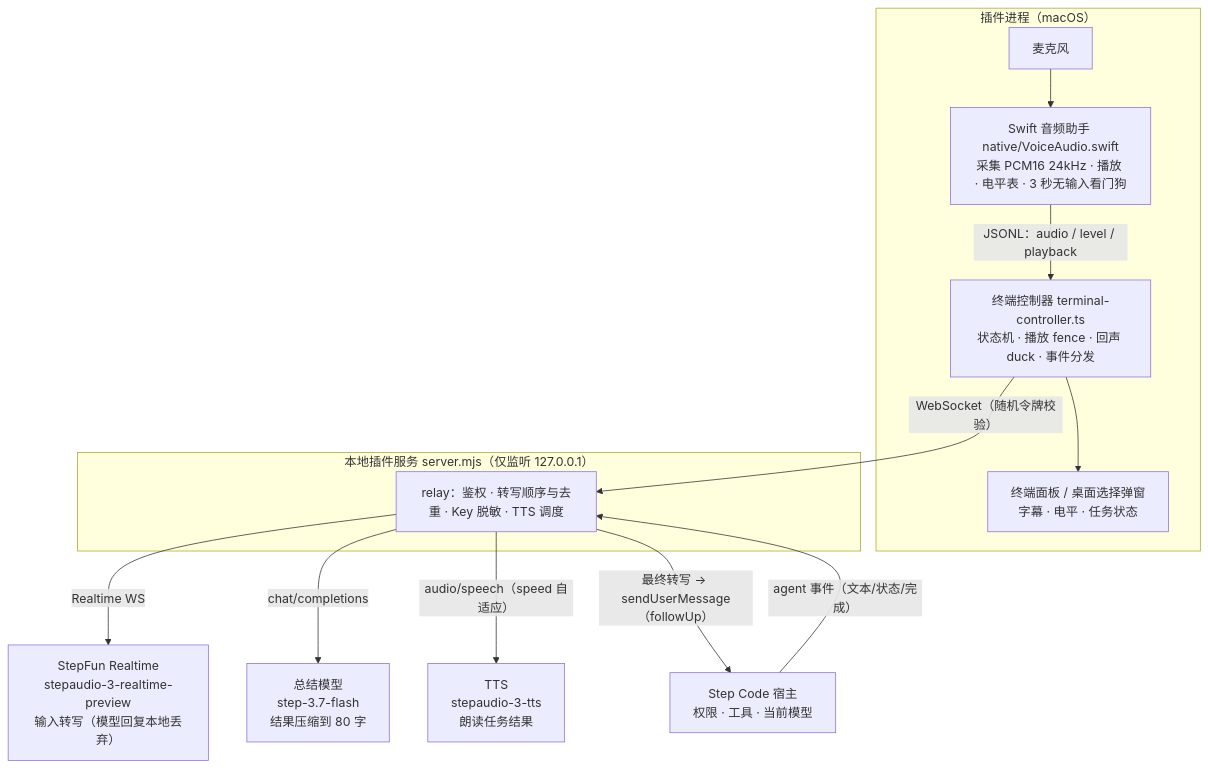
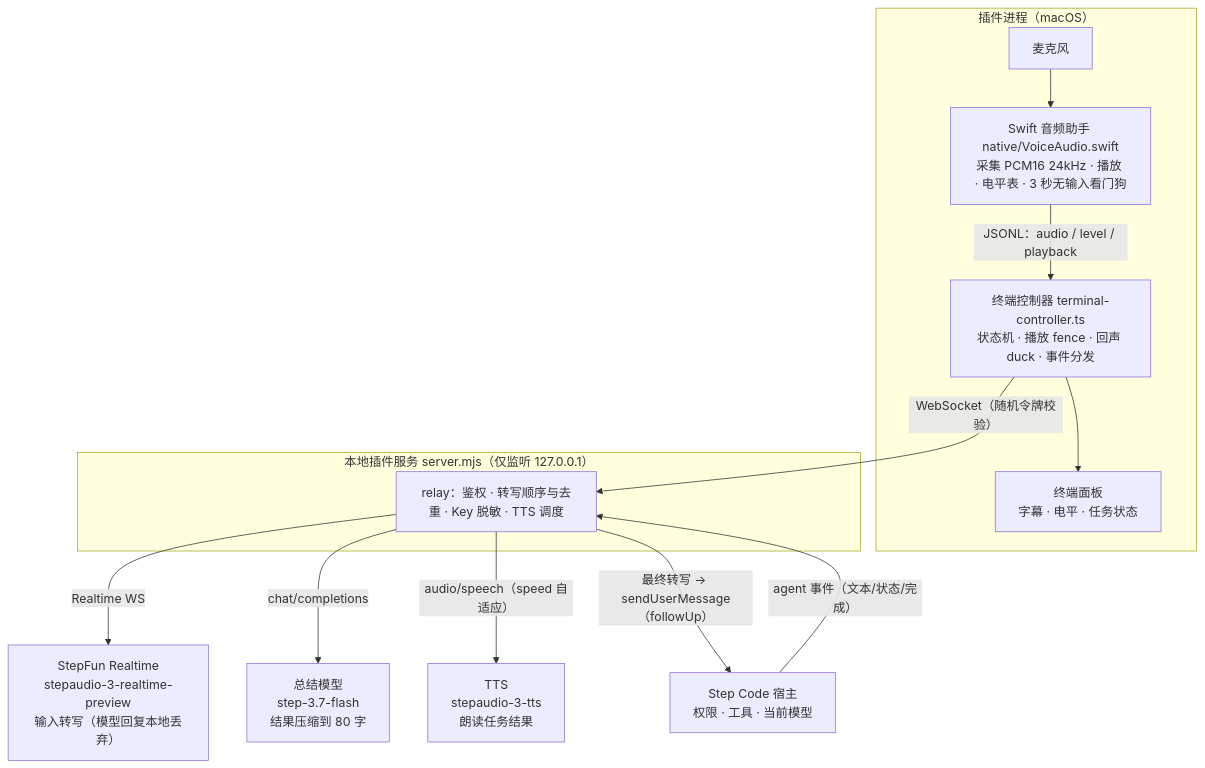
The diagram in README.md (Zgh332358/StepFun-Voice), drawn with Mermaid before and after one commit. The commit also changed other lines of this file and 31 other files, not shown here.

````diff
--- a/README.md
+++ b/README.md
@@ -57,17 +61,17 @@
 ```mermaid
 flowchart TB
   subgraph T["插件进程（macOS）"]
     MIC["麦克风"] --> SW["Swift 音频助手 native/VoiceAudio.swift\n采集 PCM16 24kHz · 播放 · 电平表 · 3 秒无输入看门狗"]
     SW -- "JSONL：audio / level / playback" --> CTRL["终端控制器 terminal-controller.ts\n状态机 · 播放 fence · 回声 duck · 事件分发"]
-    CTRL --> UI["终端面板 / 桌面选择弹窗\n字幕 · 电平 · 任务状态"]
+    CTRL --> UI["终端面板\n字幕 · 电平 · 任务状态"]
   end
   subgraph P["本地插件服务 server.mjs（仅监听 127.0.0.1）"]
     SERVER["relay：鉴权 · 转写顺序与去重 · Key 脱敏 · TTS 调度"]
   end
   CTRL -- "WebSocket（随机令牌校验）" --> SERVER
   SERVER -- "Realtime WS" --> SF["StepFun Realtime\nstepaudio-3-realtime-preview\n输入转写（模型回复本地丢弃）"]
   SERVER -- "chat/completions" --> LLM["总结模型\nstep-3.7-flash\n结果压缩到 80 字"]
   SERVER -- "audio/speech（speed 自适应）" --> TTS["TTS\nstepaudio-3-tts\n朗读任务结果"]
   SERVER -- "最终转写 → sendUserMessage（followUp）" --> HOST["Step Code 宿主\n权限 · 工具 · 当前模型"]
   HOST -- "agent 事件（文本/状态/完成）" --> SERVER
 ```
````
